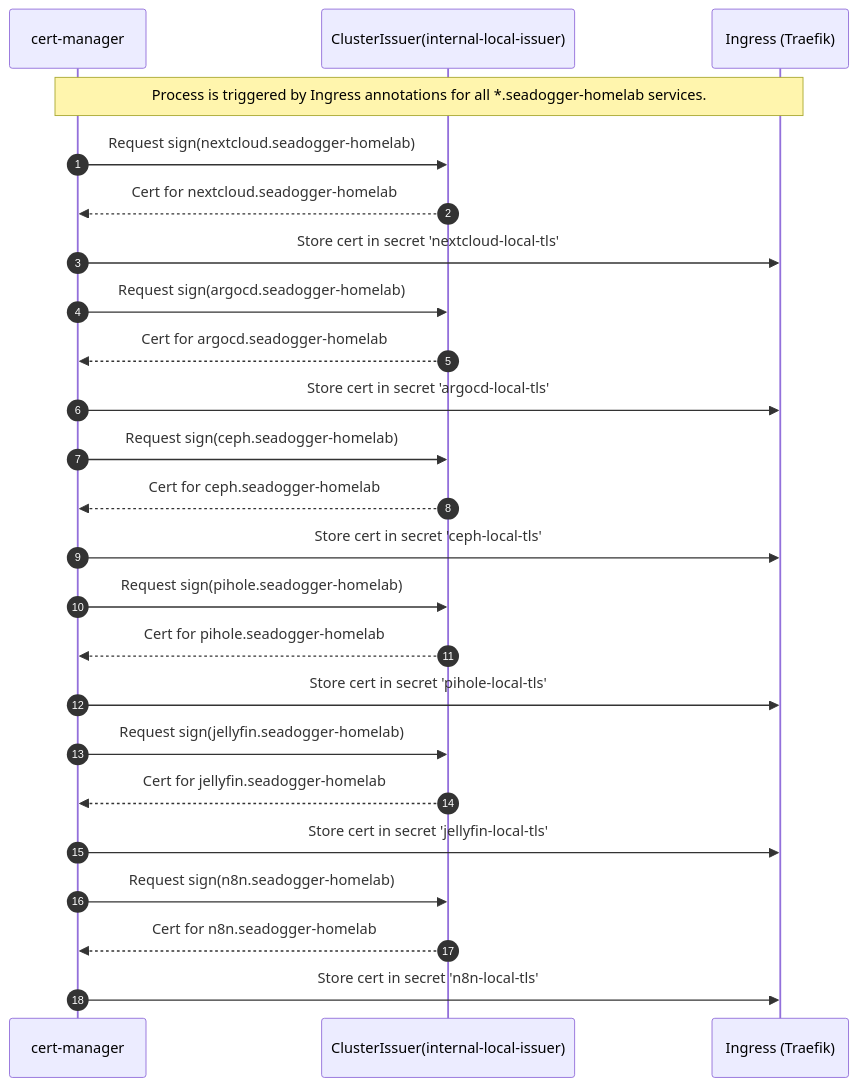
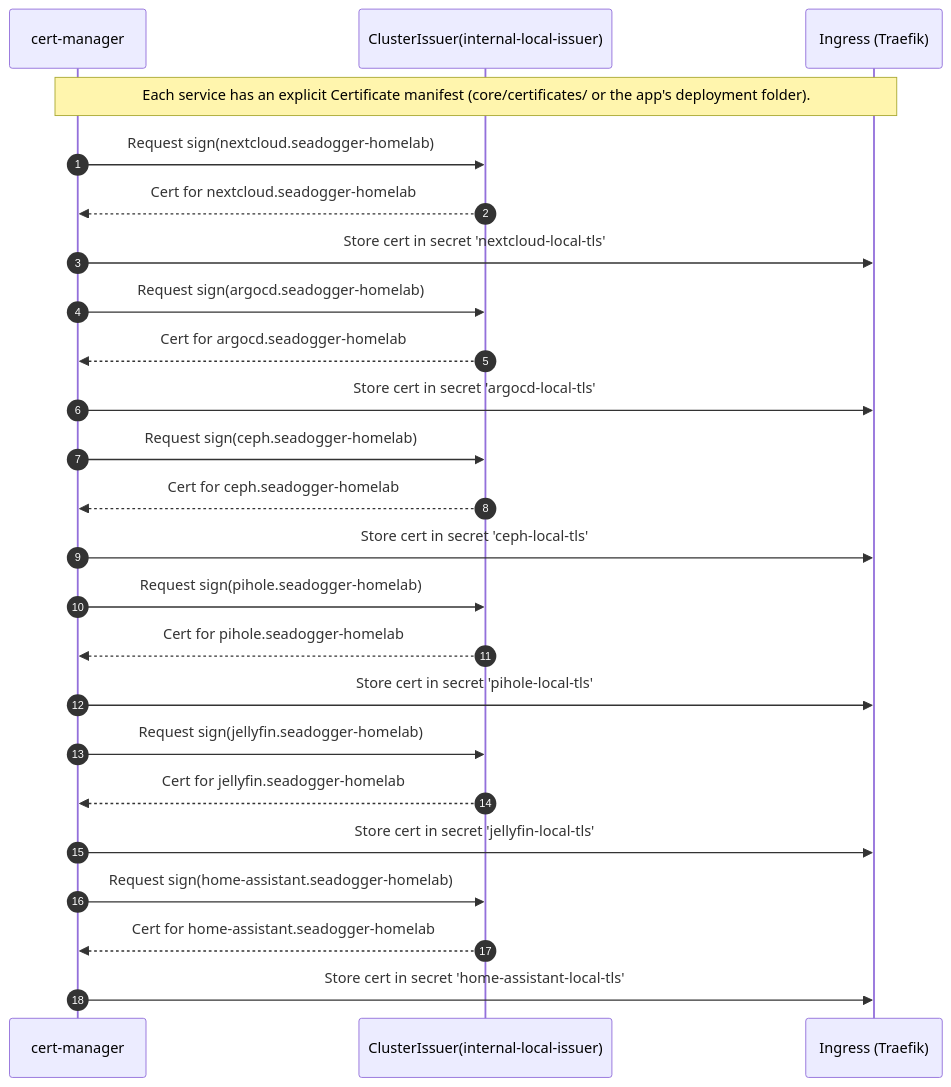
One commit to seadogger-tech/seadogger-homelab changed the third of 8 diagrams in docs/wiki/08-Security-and-Certificates.md. Above: the diagram before and after it, drawn with Mermaid. The commit also changed other lines of this file and 21 other files, not shown here.

````diff
--- a/docs/wiki/08-Security-and-Certificates.md
+++ b/docs/wiki/08-Security-and-Certificates.md
@@ -106,36 +109,36 @@
 ```mermaid
 sequenceDiagram
     autonumber
     participant CM as cert-manager
     participant CI as ClusterIssuer(internal-local-issuer)
     participant ING as Ingress (Traefik)
 
-    Note over CM,ING: Process is triggered by Ingress annotations for all *.seadogger-homelab services.
+    Note over CM,ING: Each service has an explicit Certificate manifest (core/certificates/ or the app's deployment folder).
 
     CM->>CI: Request sign(nextcloud.seadogger-homelab)
     CI-->>CM: Cert for nextcloud.seadogger-homelab
     CM->>ING: Store cert in secret 'nextcloud-local-tls'
 
 
 
 
     CM->>CI: Request sign(argocd.seadogger-homelab)
     CI-->>CM: Cert for argocd.seadogger-homelab
     CM->>ING: Store cert in secret 'argocd-local-tls'
 
     CM->>CI: Request sign(ceph.seadogger-homelab)
     CI-->>CM: Cert for ceph.seadogger-homelab
     CM->>ING: Store cert in secret 'ceph-local-tls'
 
     CM->>CI: Request sign(pihole.seadogger-homelab)
     CI-->>CM: Cert for pihole.seadogger-homelab
     CM->>ING: Store cert in secret 'pihole-local-tls'
 
     CM->>CI: Request sign(jellyfin.seadogger-homelab)
     CI-->>CM: Cert for jellyfin.seadogger-homelab
     CM->>ING: Store cert in secret 'jellyfin-local-tls'
 
-    CM->>CI: Request sign(n8n.seadogger-homelab)
-    CI-->>CM: Cert for n8n.seadogger-homelab
-    CM->>ING: Store cert in secret 'n8n-local-tls'
+    CM->>CI: Request sign(home-assistant.seadogger-homelab)
+    CI-->>CM: Cert for home-assistant.seadogger-homelab
+    CM->>ING: Store cert in secret 'home-assistant-local-tls'
 ```
````
